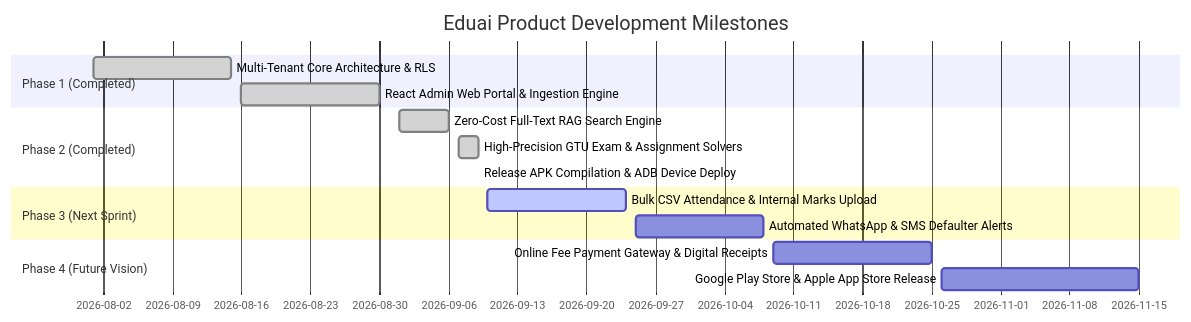
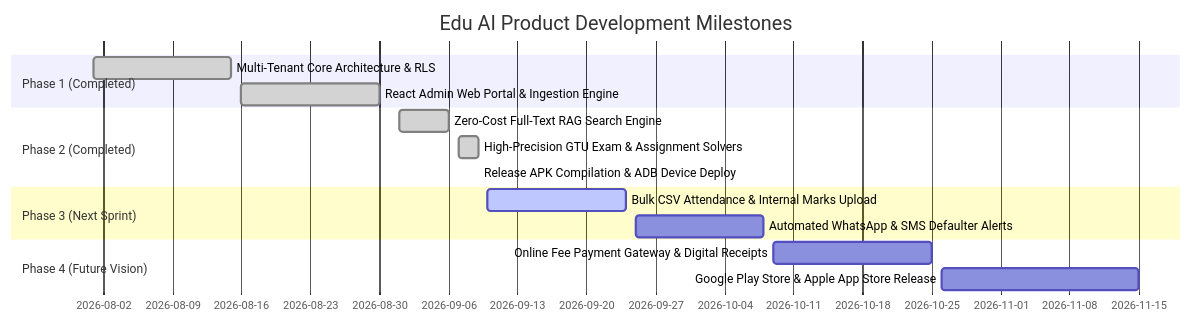
One commit to BIPINRVANJARA/Eduai changed the fourth of 4 diagrams in PRD.md. Above: the diagram before and after it, drawn with Mermaid. The commit also changed other lines of this file, not shown here.

Commit message:
docs: remove CampusOS name and standardize product name to Edu AI in PRD

````diff
--- a/PRD.md
+++ b/PRD.md
@@ -316,18 +316,18 @@
 ```mermaid
 gantt
-    title Eduai Product Development Milestones
+    title Edu AI Product Development Milestones
     dateFormat  YYYY-MM-DD
     section Phase 1 (Completed)
     Multi-Tenant Core Architecture & RLS         :done, 2026-08-01, 2026-08-15
     React Admin Web Portal & Ingestion Engine    :done, 2026-08-16, 2026-08-30
     section Phase 2 (Completed)
     Zero-Cost Full-Text RAG Search Engine        :done, 2026-09-01, 2026-09-06
     High-Precision GTU Exam & Assignment Solvers :done, 2026-09-07, 2026-09-09
     Release APK Compilation & ADB Device Deploy  :done, 2026-09-09, 2026-09-09
     section Phase 3 (Next Sprint)
     Bulk CSV Attendance & Internal Marks Upload  :active, 2026-09-10, 2026-09-24
     Automated WhatsApp & SMS Defaulter Alerts    :2026-09-25, 2026-10-08
     section Phase 4 (Future Vision)
     Online Fee Payment Gateway & Digital Receipts:2026-10-09, 2026-10-25
     Google Play Store & Apple App Store Release  :2026-10-26, 2026-11-15
 ```
````
